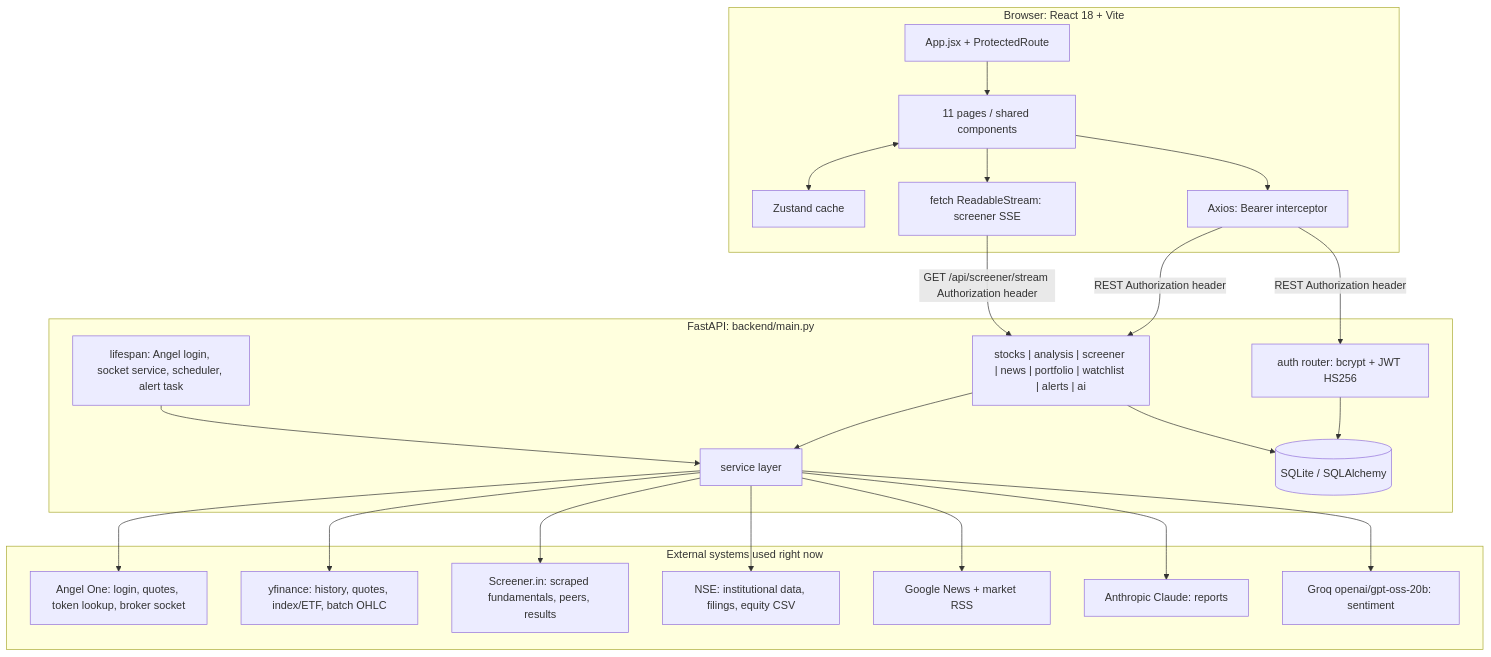
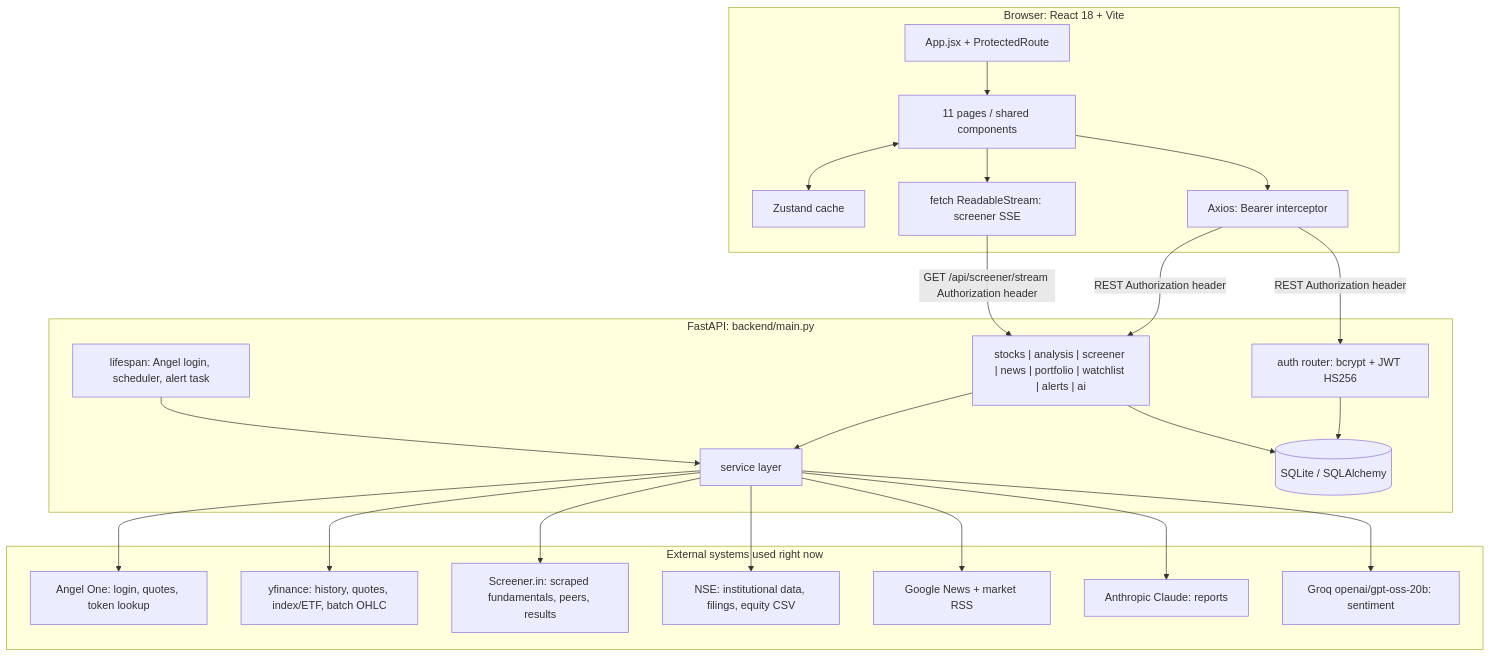
The diagram in docs/ARCHITECTURE.md (Shrey-Vhr/StockSense-1), drawn with Mermaid before and after one commit. The commit also changed other lines of this file and 6 other files, not shown here.

```diff
--- a/docs/ARCHITECTURE.md
+++ b/docs/ARCHITECTURE.md
@@ -31,44 +31,44 @@
 ~~~mermaid
 flowchart TB
   subgraph Browser["Browser: React 18 + Vite"]
     Routes["App.jsx + ProtectedRoute"]
     Pages["11 pages / shared components"]
     Store["Zustand cache"]
     Axios["Axios: Bearer interceptor"]
     SSE["fetch ReadableStream: screener SSE"]
     Routes --> Pages
     Pages <--> Store
     Pages --> Axios
     Pages --> SSE
   end
   subgraph API["FastAPI: backend/main.py"]
     Auth["auth router: bcrypt + JWT HS256"]
     Routers["stocks | analysis | screener | news | portfolio | watchlist | alerts | ai"]
-    Runtime["lifespan: Angel login, socket service, scheduler, alert task"]
+    Runtime["lifespan: Angel login, scheduler, alert task"]
     Services["service layer"]
     DB[("SQLite / SQLAlchemy")]
     Auth --> DB
     Routers --> Services
     Routers --> DB
     Runtime --> Services
   end
   subgraph External["External systems used right now"]
-    Angel["Angel One: login, quotes, token lookup, broker socket"]
+    Angel["Angel One: login, quotes, token lookup"]
     YF["yfinance: history, quotes, index/ETF, batch OHLC"]
     Screen["Screener.in: scraped fundamentals, peers, results"]
     NSE["NSE: institutional data, filings, equity CSV"]
     RSS["Google News + market RSS"]
     Claude["Anthropic Claude: reports"]
     Groq["Groq openai/gpt-oss-20b: sentiment"]
   end
   Axios -->|REST Authorization header| Auth
   Axios -->|REST Authorization header| Routers
   SSE -->|GET /api/screener/stream Authorization header| Routers
   Services --> Angel
   Services --> YF
   Services --> Screen
   Services --> NSE
   Services --> RSS
   Services --> Claude
   Services --> Groq
 ~~~
```
